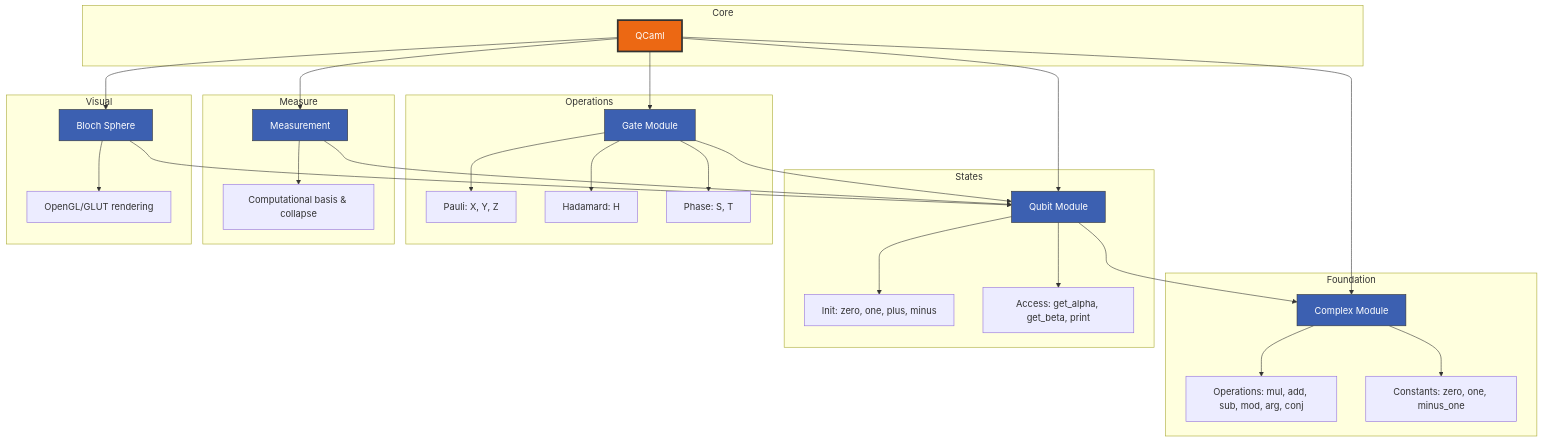
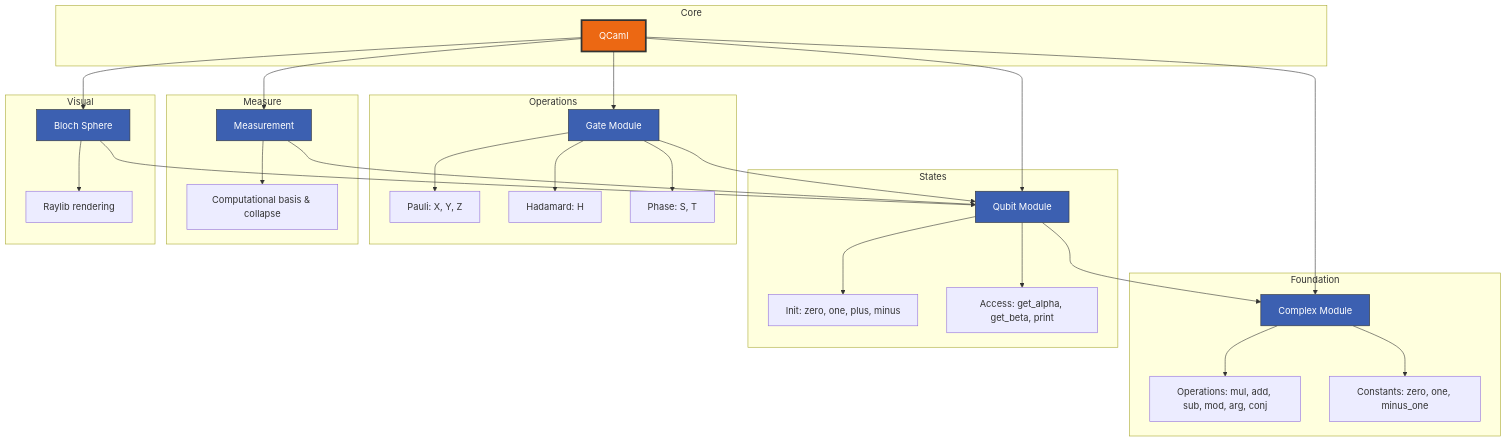
Before and after one commit to qcaml/qcaml: the diagram in README.md, drawn with Mermaid. The commit also changed 2 other files, not shown here.

Commit message:
Remove obsolete conf-freeglut dependency and replace with raylib

````diff
--- a/README.md
+++ b/README.md
@@ -70,61 +70,61 @@
 ```mermaid
 graph TB
     subgraph Core
         A[QCaml]
     end
     
     subgraph Foundation
         B[Complex Module]
         B1[Operations: mul, add, sub, mod, arg, conj]
         B2[Constants: zero, one, minus_one]
         B --> B1
         B --> B2
     end
     
     subgraph States
         C[Qubit Module]
         C1[Init: zero, one, plus, minus]
         C2[Access: get_alpha, get_beta, print]
         C --> C1
         C --> C2
     end
     
     subgraph Operations
         D[Gate Module]
         D1[Pauli: X, Y, Z]
         D2[Hadamard: H]
         D3[Phase: S, T]
         D --> D1
         D --> D2
         D --> D3
     end
     
     subgraph Measure
         E[Measurement]
         E1[Computational basis & collapse]
         E --> E1
     end
     
     subgraph Visual
         F[Bloch Sphere]
-        F1[OpenGL/GLUT rendering]
+        F1[Raylib rendering]
         F --> F1
     end
     
     A --> B
     A --> C
     A --> D
     A --> E
     A --> F    
     C --> B
     D --> C
     E --> C
     F --> C
     
     style A fill:#ec6813,stroke:#333,stroke-width:3px,color:#fff
     style B fill:#3c60b1,stroke:#333,color:#fff
     style C fill:#3c60b1,stroke:#333,color:#fff
     style D fill:#3c60b1,stroke:#333,color:#fff
     style E fill:#3c60b1,stroke:#333,color:#fff
     style F fill:#3c60b1,stroke:#333,color:#fff
 ```
````
